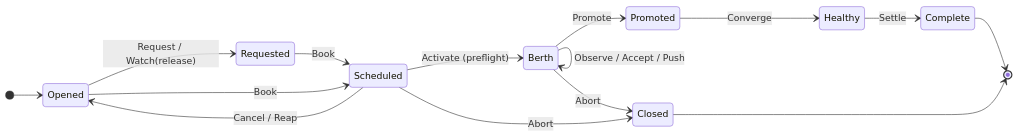
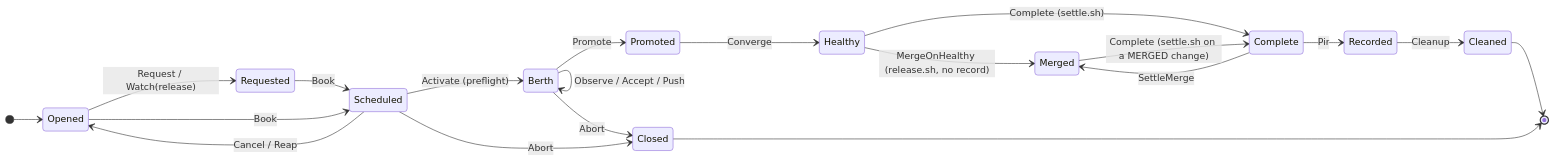
Before and after one commit to aygp-dr/standard-change: the diagram in docs/label-state-machine.org, drawn with Mermaid. The commit also changed other lines of this file and 5 other files, not shown here.

```diff
--- a/docs/label-state-machine.org
+++ b/docs/label-state-machine.org
@@ -50,18 +54,23 @@
 #+begin_src mermaid :eval never-export
 stateDiagram-v2
     direction LR
     [*] --> Opened
     Opened --> Requested: Request / Watch(release)
     Requested --> Scheduled: Book
     Opened --> Scheduled: Book
     Scheduled --> Opened: Cancel / Reap
     Scheduled --> Berth: Activate (preflight)
     Berth --> Berth: Observe / Accept / Push
     Berth --> Promoted: Promote
     Promoted --> Healthy: Converge
-    Healthy --> Complete: Settle
+    Healthy --> Merged: MergeOnHealthy (release.sh, no record)
+    Healthy --> Complete: Complete (settle.sh)
+    Complete --> Merged: SettleMerge
+    Merged --> Complete: Complete (settle.sh on a MERGED change)
+    Complete --> Recorded: Pir
+    Recorded --> Cleaned: Cleanup
     Berth --> Closed: Abort
     Scheduled --> Closed: Abort
-    Complete --> [*]
+    Cleaned --> [*]
     Closed --> [*]
 #+end_src
```
